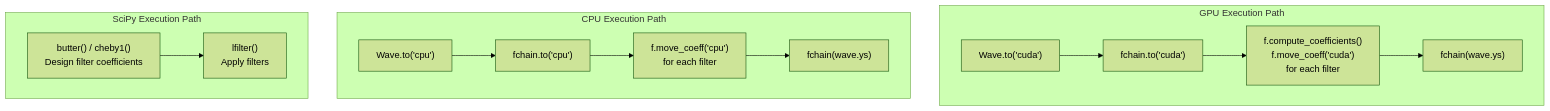
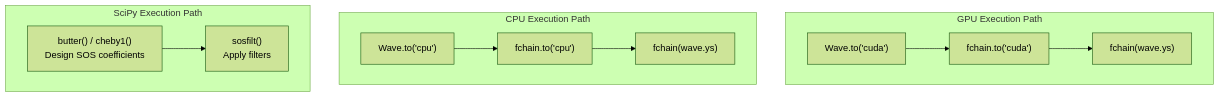
The fourth of 4 diagrams in docs/source/guides/developer/benchmarking.md (matteospanio/torchfx), drawn with Mermaid (forest theme) before and after one commit. The commit also changed other lines of this file and 14 other files, not shown here.

````diff
--- a/docs/source/guides/developer/benchmarking.md
+++ b/docs/source/guides/developer/benchmarking.md
@@ -489,31 +489,27 @@
 ```{mermaid}
 graph TB
     subgraph "GPU Execution Path"
         GPU_Wave["Wave.to('cuda')"]
         GPU_Chain["fchain.to('cuda')"]
-        GPU_Coeff["f.compute_coefficients()<br/>f.move_coeff('cuda')<br/>for each filter"]
         GPU_Execute["fchain(wave.ys)"]
 
         GPU_Wave --> GPU_Chain
-        GPU_Chain --> GPU_Coeff
-        GPU_Coeff --> GPU_Execute
+        GPU_Chain --> GPU_Execute
     end
 
     subgraph "CPU Execution Path"
         CPU_Wave["Wave.to('cpu')"]
         CPU_Chain["fchain.to('cpu')"]
-        CPU_Coeff["f.move_coeff('cpu')<br/>for each filter"]
         CPU_Execute["fchain(wave.ys)"]
 
         CPU_Wave --> CPU_Chain
-        CPU_Chain --> CPU_Coeff
-        CPU_Coeff --> CPU_Execute
+        CPU_Chain --> CPU_Execute
     end
 
     subgraph "SciPy Execution Path"
-        SciPy_Design["butter() / cheby1()<br/>Design filter coefficients"]
-        SciPy_Filter["lfilter()<br/>Apply filters"]
+        SciPy_Design["butter() / cheby1()<br/>Design SOS coefficients"]
+        SciPy_Filter["sosfilt()<br/>Apply filters"]
 
         SciPy_Design --> SciPy_Filter
     end
 ```
````
